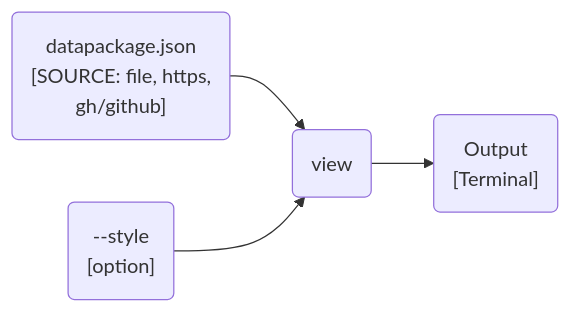
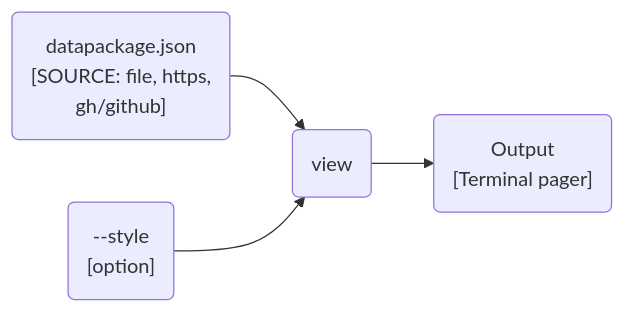
The second of 2 diagrams in docs/design/interface/cli.qmd (seedcase-project/seedcase-flower), drawn with Mermaid before and after one commit. The commit also changed other lines of this file and 6 other files, not shown here.

Commit message:
feat: ✨ use pager for multi-page styles in terminal

````diff
--- a/docs/design/interface/cli.qmd
+++ b/docs/design/interface/cli.qmd
@@ -196,13 +196,13 @@
 ```{mermaid}
 %%| label: fig-cli-view-flow
 %%| fig-cap: "The flow of input and output through the CLI `view` command."
 flowchart LR
     source("datapackage.json<br>[SOURCE: file, https,<br>gh/github]")
     view("view")
     style_opt("--style<br>[option]")
-    output("Output<br>[Terminal]")
+    output("Output<br>[Terminal pager]")
 
     source --> view
     style_opt --> view
     view --> output
 ```
````
